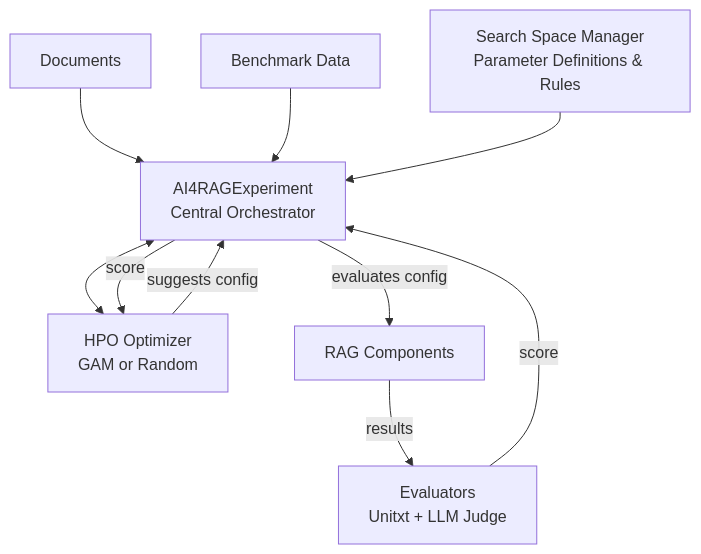
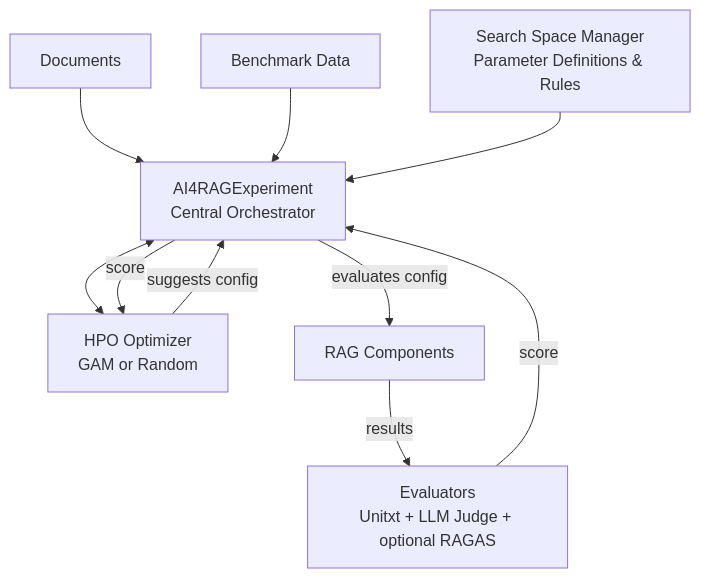
Before and after one commit to IBM/ai4rag: the first of 3 diagrams in docs/architecture/core-components.md, drawn with Mermaid. The commit also changed other lines of this file and 8 other files, not shown here.

````diff
--- a/docs/architecture/core-components.md
+++ b/docs/architecture/core-components.md
@@ -11,21 +11,21 @@
 ```mermaid
 graph TB
     A[AI4RAGExperiment<br/>Central Orchestrator]
     B[HPO Optimizer<br/>GAM or Random]
     C[Search Space Manager<br/>Parameter Definitions & Rules]
 
     D[Documents]
     E[Benchmark Data]
     F[RAG Components]
-    G[Evaluators<br/>Unitxt + LLM Judge]
+    G[Evaluators<br/>Unitxt + LLM Judge + optional RAGAS]
 
     D --> A
     E --> A
     C --> A
     A <--> B
     B -- suggests config --> A
     A -- evaluates config --> F
     F -- results --> G
     G -- score --> A
     A -- score --> B
 ```
````
